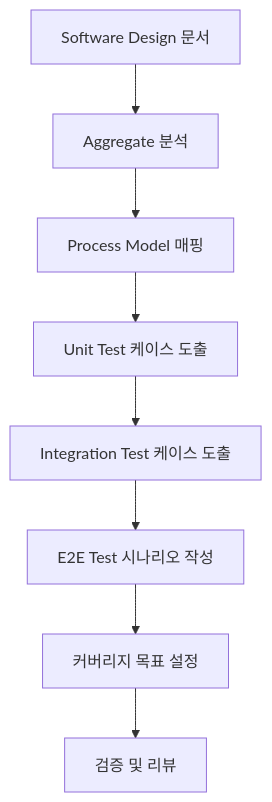
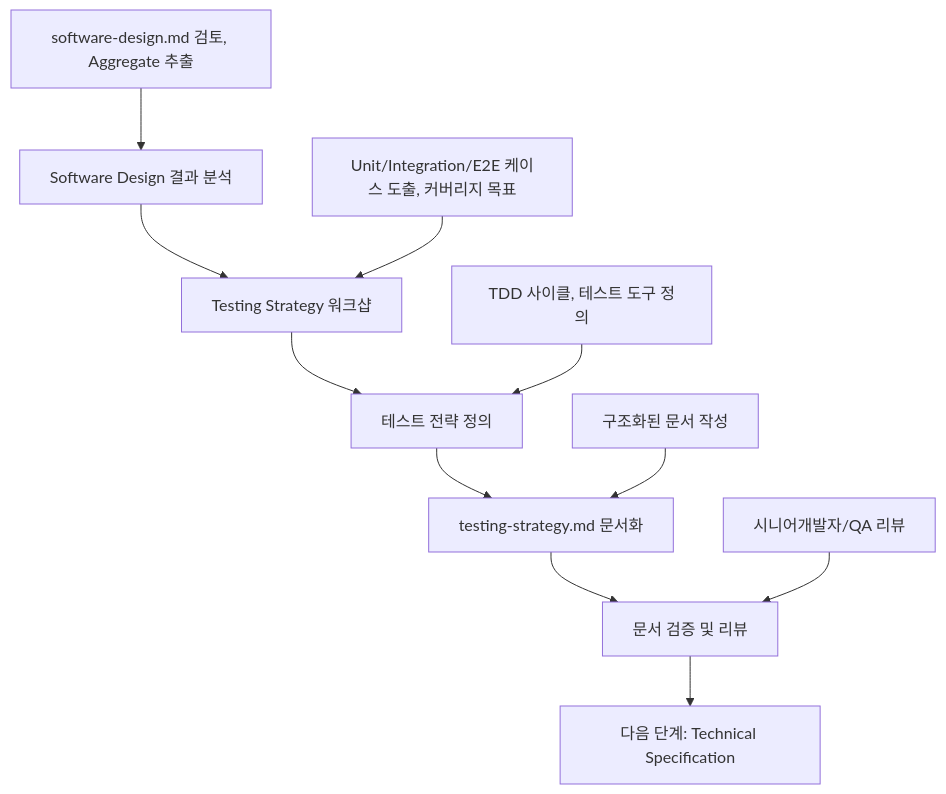
The diagram in docs/event-domain-design/guide/04-testing-strategy-guide.md (tyohnn/ssota-canvas), drawn with Mermaid before and after one commit. The commit also changed other lines of this file and 45 other files, not shown here.

````diff
--- a/docs/event-domain-design/guide/04-testing-strategy-guide.md
+++ b/docs/event-domain-design/guide/04-testing-strategy-guide.md
@@ -11,10 +11,14 @@
 ```mermaid
 graph TD
-    A[Software Design 문서] --> B[Aggregate 분석]
-    B --> C[Process Model 매핑]
-    C --> D[Unit Test 케이스 도출]
-    D --> E[Integration Test 케이스 도출]
-    E --> F[E2E Test 시나리오 작성]
-    F --> G[커버리지 목표 설정]
-    G --> H[검증 및 리뷰]
+    A[Software Design 결과 분석] --> B[Testing Strategy 워크샵]
+    B --> C[테스트 전략 정의]
+    C --> D[testing-strategy.md 문서화]
+    D --> E[문서 검증 및 리뷰]
+    E --> F[다음 단계: Technical Specification]
+    
+    A1[software-design.md 검토, Aggregate 추출] --> A
+    B1[Unit/Integration/E2E 케이스 도출, 커버리지 목표] --> B
+    C1[TDD 사이클, 테스트 도구 정의] --> C
+    D1[구조화된 문서 작성] --> D
+    E1[시니어개발자/QA 리뷰] --> E
 ```
````
